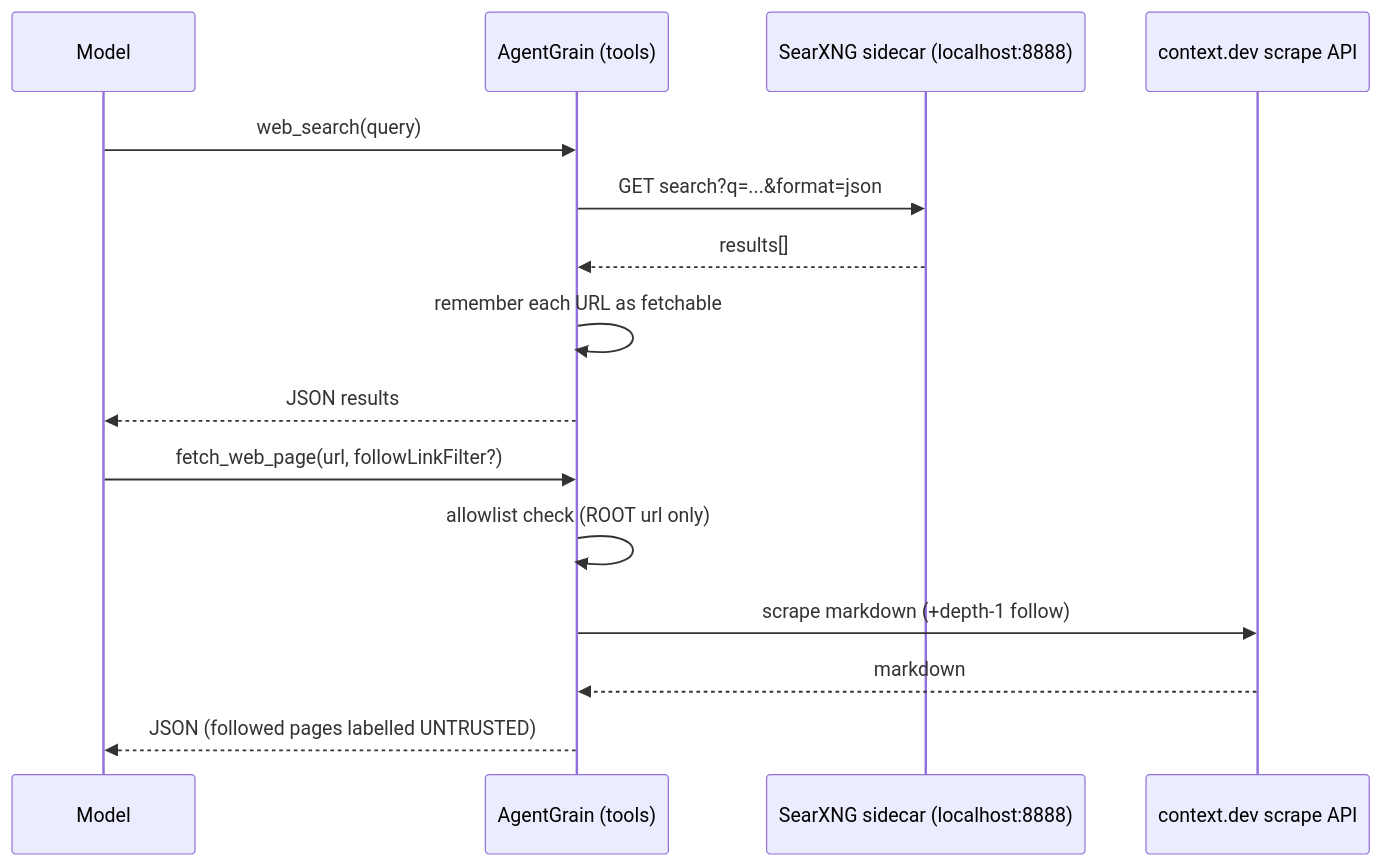
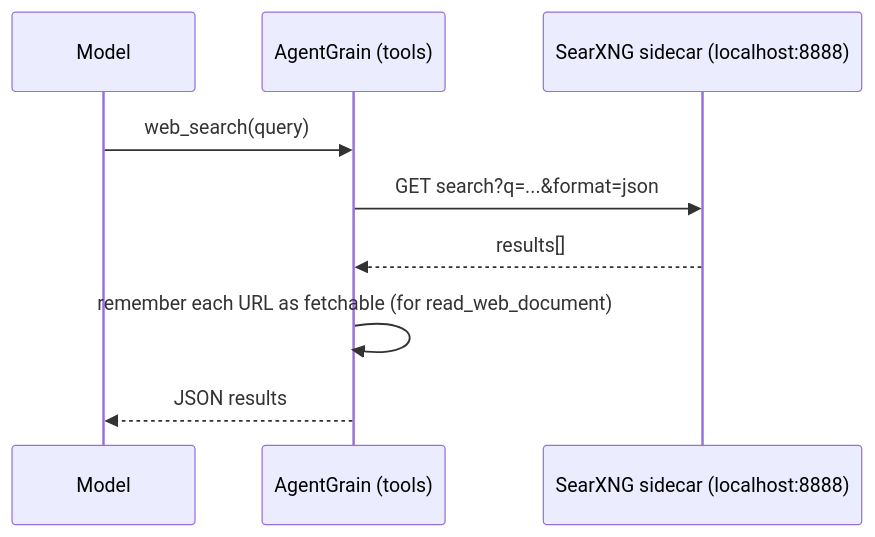
One commit to Expecho/Agent42 changed the diagram in docs/features/web-search.md. Above: the diagram before and after it, drawn with Mermaid. The commit also changed other lines of this file and 85 other files, not shown here.

First line of the commit message:
feat(web): remove fetch_web_page and the context.dev dependency (ADR 0125) (#237)

````diff
--- a/docs/features/web-search.md
+++ b/docs/features/web-search.md
@@ -27,18 +26,12 @@
 ```mermaid
 sequenceDiagram
     participant M as Model
     participant G as AgentGrain (tools)
     participant SX as SearXNG sidecar (localhost:8888)
-    participant CX as context.dev scrape API
 
     M->>G: web_search(query)
     G->>SX: GET search?q=...&format=json
     SX-->>G: results[]
-    G->>G: remember each URL as fetchable
+    G->>G: remember each URL as fetchable (for read_web_document)
     G-->>M: JSON results
-    M->>G: fetch_web_page(url, followLinkFilter?)
-    G->>G: allowlist check (ROOT url only)
-    G->>CX: scrape markdown (+depth-1 follow)
-    CX-->>G: markdown
-    G-->>M: JSON (followed pages labelled UNTRUSTED)
 ```
````
